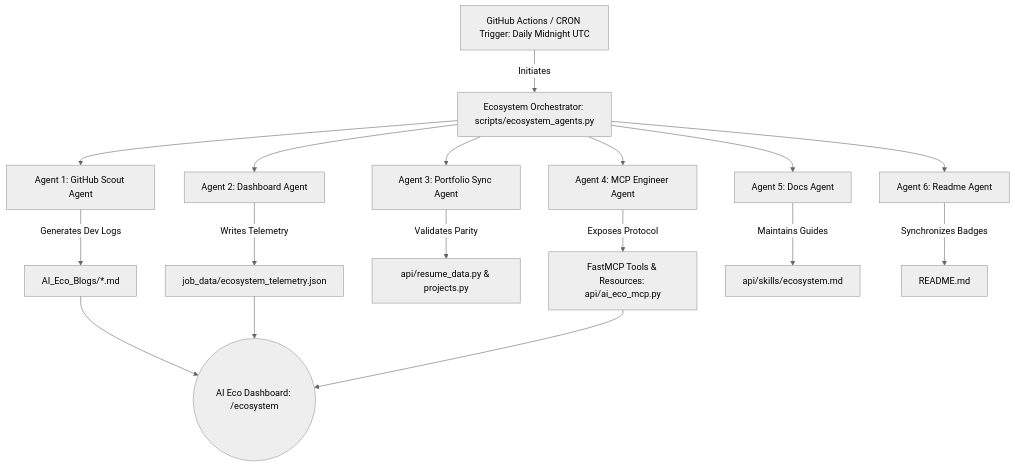
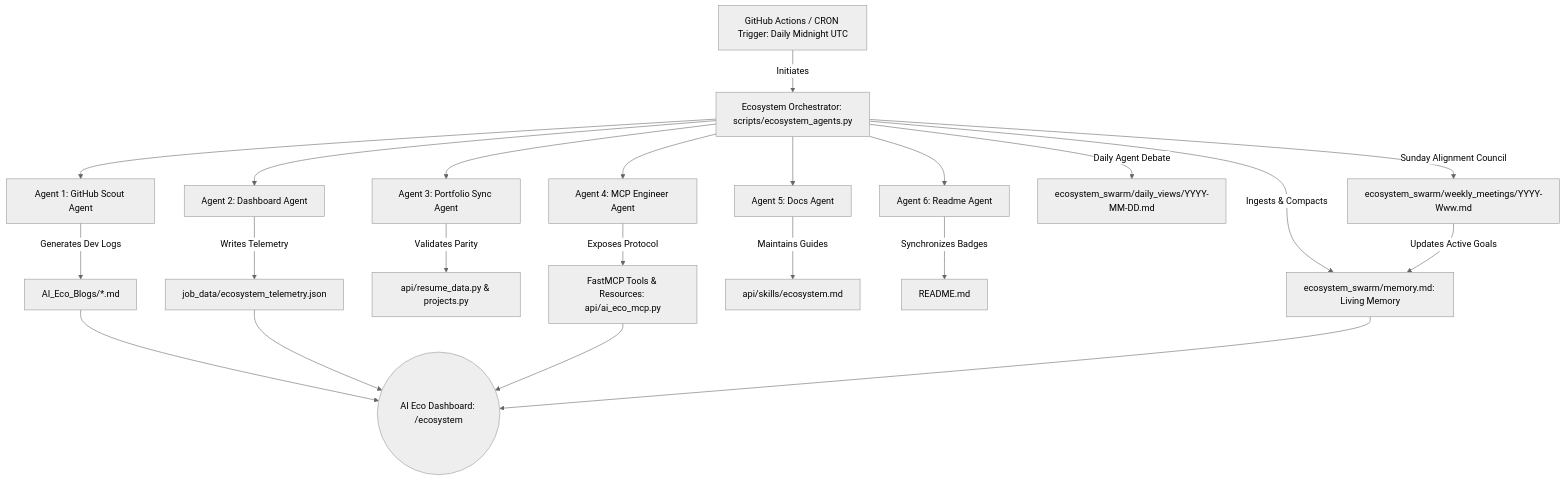
The diagram in api/skills/ecosystem.md (kprsnt2/kprsnt.in), drawn with Mermaid (neutral theme) before and after one commit. The commit also changed other lines of this file and 10 other files, not shown here.

Commit message:
feat(ecosystem): autonomous swarm memory, daily views, weekly council & dashboard integration

````diff
--- a/api/skills/ecosystem.md
+++ b/api/skills/ecosystem.md
@@ -10,21 +10,27 @@
 ```mermaid
 graph TD
     A[GitHub Actions / CRON Trigger: Daily Midnight UTC] -->|Initiates| O[Ecosystem Orchestrator: scripts/ecosystem_agents.py]
     O --> B[Agent 1: GitHub Scout Agent]
     O --> C[Agent 2: Dashboard Agent]
     O --> D[Agent 3: Portfolio Sync Agent]
     O --> E[Agent 4: MCP Engineer Agent]
     O --> F[Agent 5: Docs Agent]
     O --> G[Agent 6: Readme Agent]
     
     B -->|Generates Dev Logs| H[AI_Eco_Blogs/*.md]
     C -->|Writes Telemetry| I[job_data/ecosystem_telemetry.json]
     D -->|Validates Parity| J[api/resume_data.py & projects.py]
     E -->|Exposes Protocol| K[FastMCP Tools & Resources: api/ai_eco_mcp.py]
     F -->|Maintains Guides| L[api/skills/ecosystem.md]
     G -->|Synchronizes Badges| M[README.md]
     
+    O -->|Daily Agent Debate| P[ecosystem_swarm/daily_views/YYYY-MM-DD.md]
+    O -->|Ingests & Compacts| Q[ecosystem_swarm/memory.md: Living Memory]
+    O -->|Sunday Alignment Council| R[ecosystem_swarm/weekly_meetings/YYYY-Www.md]
+    R -->|Updates Active Goals| Q
+    
     H --> N((AI Eco Dashboard: /ecosystem))
     I --> N
     K --> N
+    Q --> N
 ```
````
